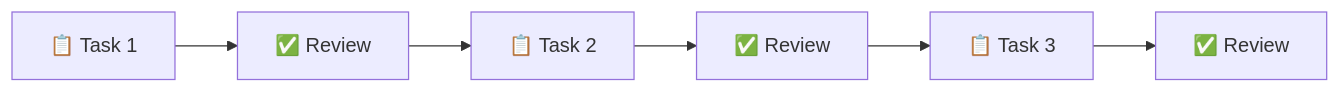
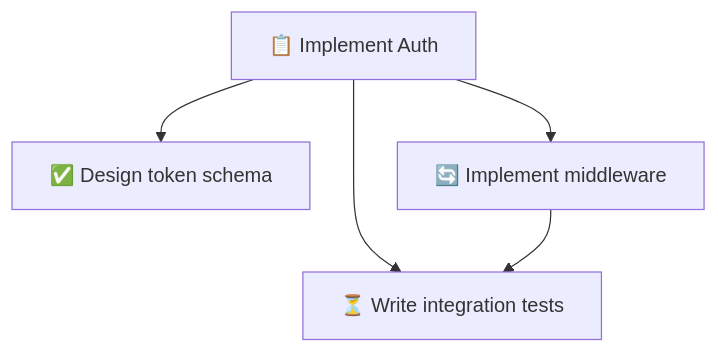
One commit to nick-pape/grackle changed the second of 5 diagrams in README.md. Above: the diagram before and after it, drawn with Mermaid. The commit also changed other lines of this file and 2 other files, not shown here.

Commit message:
Add task tree screenshot and update README
- Enrich mock data with deeper hierarchy across both projects
- Add task-tree-hierarchy.png screenshot showing tree view
- Update README: add task tree to features table and workflow section

````diff
--- a/README.md
+++ b/README.md
@@ -38,4 +38,7 @@
 ```mermaid
-graph LR
-    T1["📋 Task 1"] --> R1["✅ Review"] --> T2["📋 Task 2"] --> R2["✅ Review"] --> T3["📋 Task 3"] --> R3["✅ Review"]
+graph TD
+    Root["📋 Implement Auth"] --> A["✅ Design token schema"]
+    Root --> B["🔄 Implement middleware"]
+    Root --> C["⏳ Write integration tests"]
+    B --> C
 ```
````
